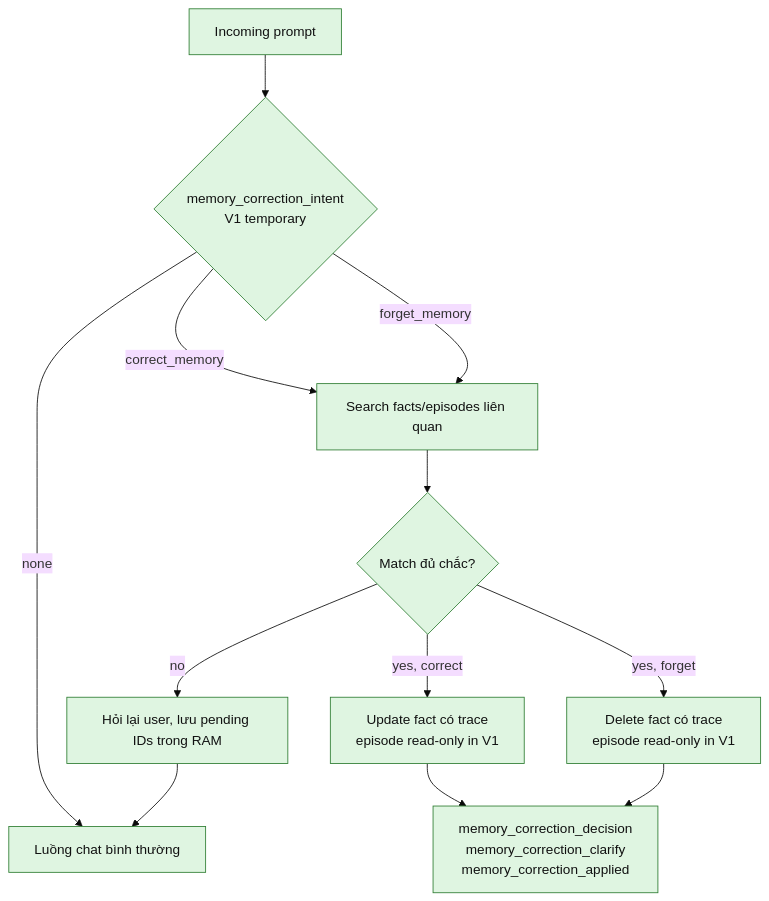
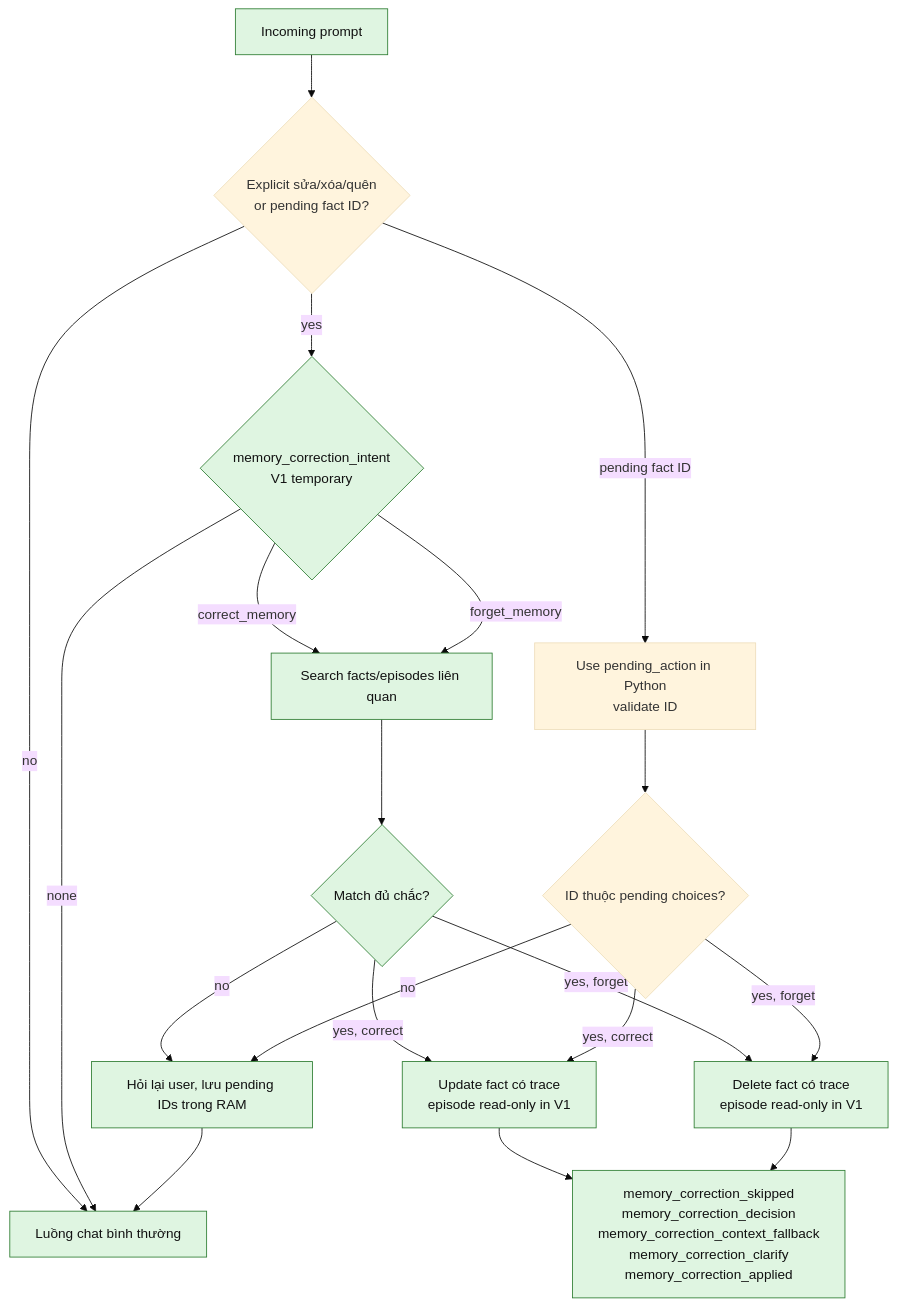
Before and after one commit to LuongAnh1/Niko_Agent: the sixth of 7 diagrams in docs/memory/chat-memory-architecture-flow.md, drawn with Mermaid (base theme). The commit also changed other lines of this file and 12 other files, not shown here.

Commit message:
Harden chat memory correction flow

````diff
--- a/docs/memory/chat-memory-architecture-flow.md
+++ b/docs/memory/chat-memory-architecture-flow.md
@@ -222,21 +238,28 @@
 ```mermaid
 flowchart TB
-    Prompt[Incoming prompt] --> Intent{memory_correction_intent<br/>V1 temporary}
+    Prompt[Incoming prompt] --> Precheck{Explicit sửa/xóa/quên<br/>or pending fact ID?}
+    Precheck -->|no| NormalFlow[Luồng chat bình thường]
+    Precheck -->|pending fact ID| Pending[Use pending_action in Python<br/>validate ID]
+    Precheck -->|yes| Intent{memory_correction_intent<br/>V1 temporary}
     Intent -->|none| NormalFlow[Luồng chat bình thường]
     Intent -->|correct_memory| Search[Search facts/episodes liên quan]
     Intent -->|forget_memory| Search
     Search --> Confidence{Match đủ chắc?}
     Confidence -->|yes, correct| Update[Update fact có trace<br/>episode read-only in V1]
     Confidence -->|yes, forget| Delete[Delete fact có trace<br/>episode read-only in V1]
     Confidence -->|no| Clarify[Hỏi lại user, lưu pending IDs trong RAM]
+    Pending --> Validate{ID thuộc pending choices?}
+    Validate -->|yes, correct| Update
+    Validate -->|yes, forget| Delete
+    Validate -->|no| Clarify
 
-    Update --> Trace[memory_correction_decision<br/>memory_correction_clarify<br/>memory_correction_applied]
+    Update --> Trace[memory_correction_skipped<br/>memory_correction_decision<br/>memory_correction_context_fallback<br/>memory_correction_clarify<br/>memory_correction_applied]
     Delete --> Trace
     Clarify --> NormalFlow
 
     classDef done fill:#dff5e1,stroke:#2e7d32,color:#111;
     classDef planned fill:#fff4cc,stroke:#b7791f,color:#111;
 
     class NormalFlow done;
     class Prompt,Intent,Search,Confidence,Update,Delete,Clarify,Trace done;
 ```
````
